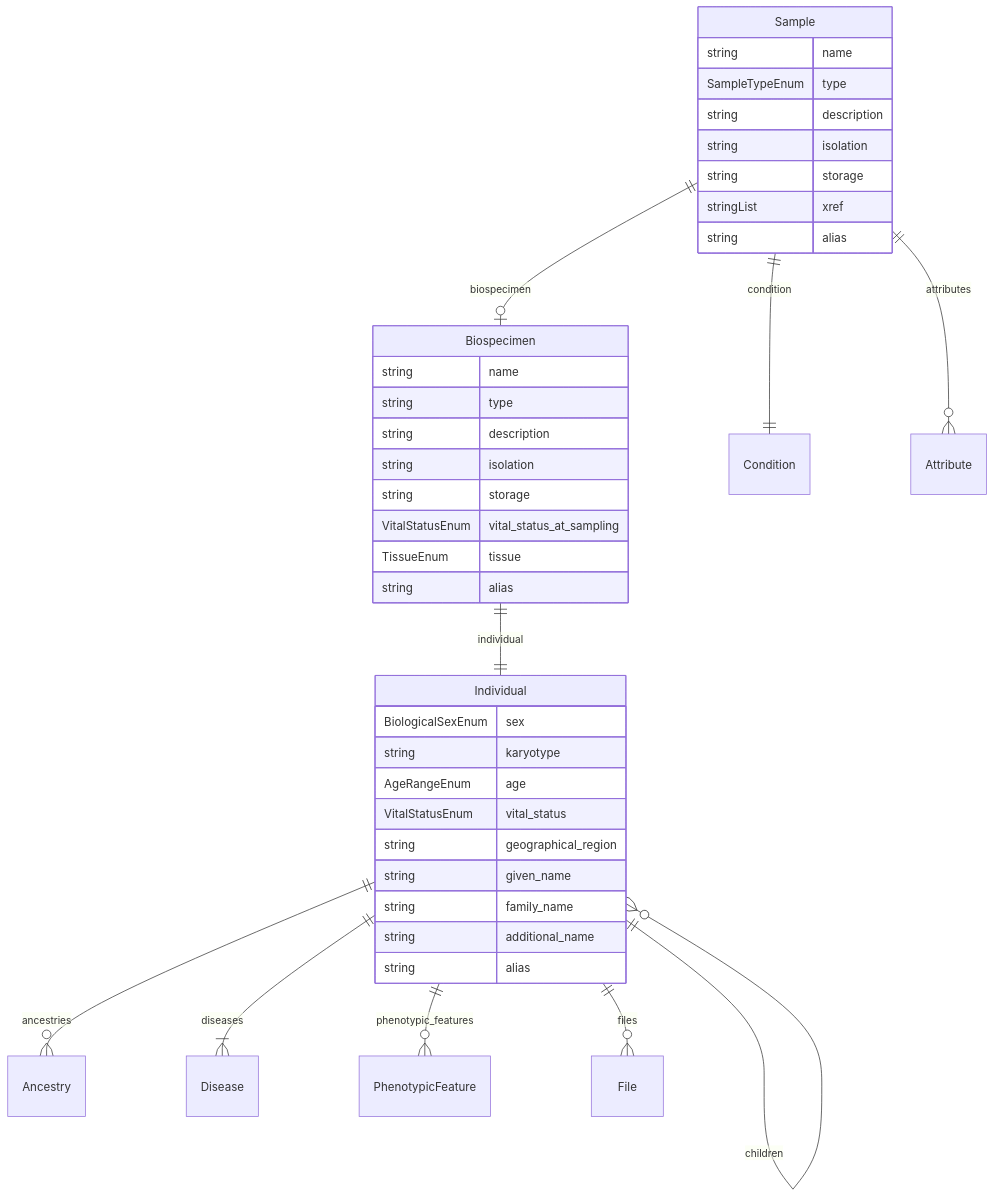
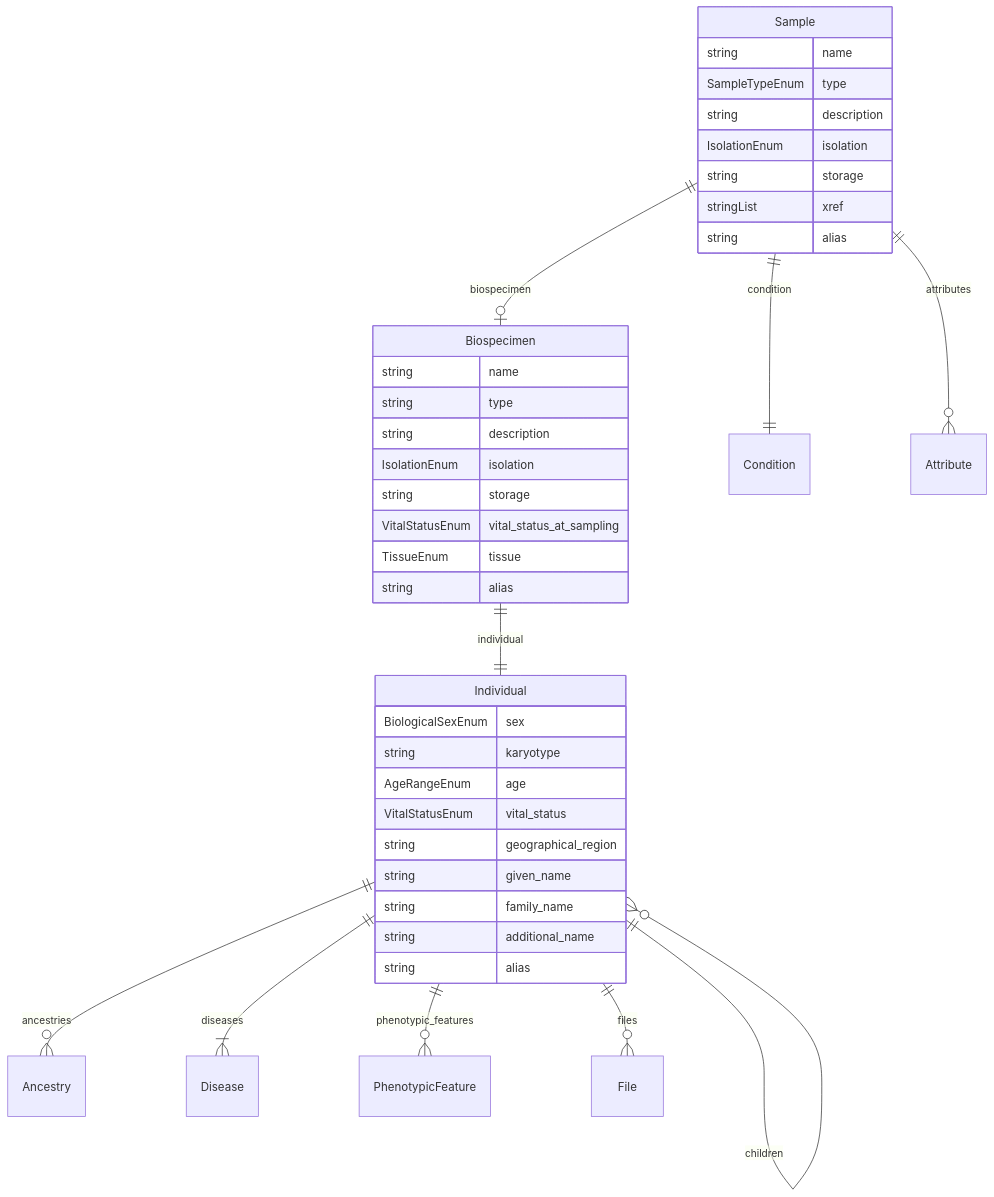
The fifth of 7 diagrams in docs/entity_relations.md (ghga-de/ghga-metadata-schema), drawn with Mermaid before and after one commit. The commit also changed other lines of this file and 7 other files, not shown here.

Commit message:
Add IsolationEnum

````diff
--- a/docs/entity_relations.md
+++ b/docs/entity_relations.md
@@ -265,45 +265,45 @@
 ```mermaid
 erDiagram
 Individual {
     BiologicalSexEnum sex  
     string karyotype  
     AgeRangeEnum age  
     VitalStatusEnum vital_status  
     string geographical_region  
     string given_name  
     string family_name  
     string additional_name  
     string alias  
 }
 Biospecimen {
     string name  
     string type  
     string description  
-    string isolation  
+    IsolationEnum isolation  
     string storage  
     VitalStatusEnum vital_status_at_sampling  
     TissueEnum tissue  
     string alias  
 }
 Sample {
     string name  
     SampleTypeEnum type  
     string description  
-    string isolation  
+    IsolationEnum isolation  
     string storage  
     stringList xref  
     string alias  
 }
 
 Individual ||--}o Ancestry : "ancestries"
 Individual ||--}o Individual : "parents"
 Individual ||--}o Individual : "children"
 Individual ||--}| Disease : "diseases"
 Individual ||--}o PhenotypicFeature : "phenotypic_features"
 Individual ||--}o File : "files"
 Biospecimen ||--|| Individual : "individual"
 Sample ||--|o Biospecimen : "biospecimen"
 Sample ||--|| Condition : "condition"
 Sample ||--}o Attribute : "attributes"
 
 ```
````
